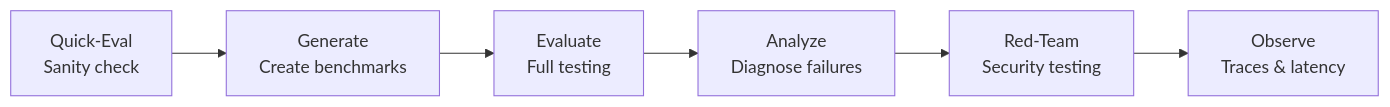
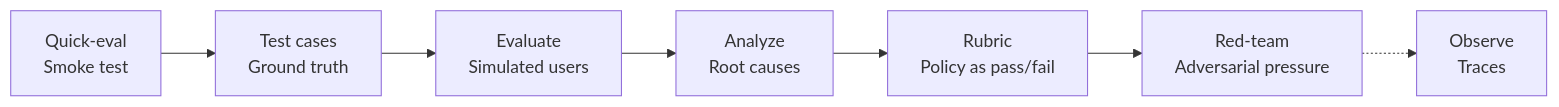
The diagram in docs-src/ai-core/control/agent-ops.md (ibm-self-serve-assets/building-blocks-docs), drawn with Mermaid before and after one commit. The commit also changed other lines of this file and 4 other files, not shown here.

````diff
--- a/docs-src/ai-core/control/agent-ops.md
+++ b/docs-src/ai-core/control/agent-ops.md
@@ -32,8 +33,9 @@
 ```mermaid
 graph LR
-    A["Quick-Eval<br>Sanity check"] --> B["Generate<br>Create benchmarks"]
-    B --> C["Evaluate<br>Full testing"]
-    C --> D["Analyze<br>Diagnose failures"]
-    D --> E["Red-Team<br>Security testing"]
-    E --> F["Observe<br>Traces & latency"]
+    A["Quick-eval<br>Smoke test"] --> B["Test cases<br>Ground truth"]
+    B --> C["Evaluate<br>Simulated users"]
+    C --> D["Analyze<br>Root causes"]
+    D --> E["Rubric<br>Policy as pass/fail"]
+    E --> F["Red-team<br>Adversarial pressure"]
+    F -.-> G["Observe<br>Traces"]
 ```
````
